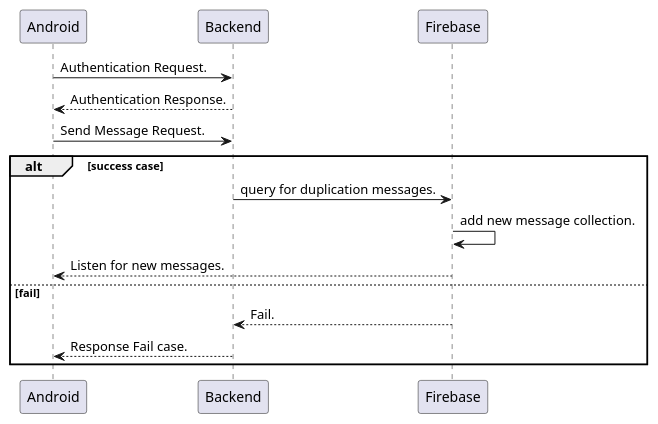
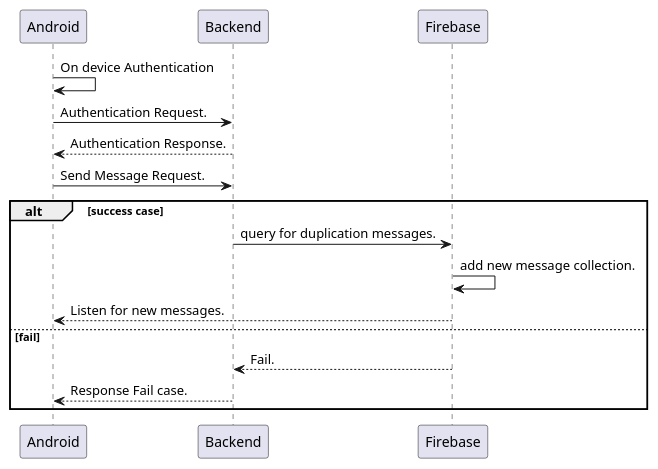
One commit to peepo3663/inner-circle-app changed the diagram in Code/Backend/innercircle/send_message_sequence.puml. Above: the diagram before and after it, drawn with PlantUML. The commit also changed 12 other files, not shown here.

```diff
--- a/Code/Backend/innercircle/send_message_sequence.puml
+++ b/Code/Backend/innercircle/send_message_sequence.puml
@@ -1,17 +1,18 @@
 @startuml
+Android -> Android: On device Authentication
 Android -> Backend: Authentication Request.
 Backend --> Android: Authentication Response.
 
 Android -> Backend: Send Message Request.
 alt success case
 Backend -> Firebase: query for duplication messages.
 Firebase -> Firebase: add new message collection.
 Firebase --> Android: Listen for new messages.
 else fail
 Firebase --> Backend: Fail.
 Backend --> Android: Response Fail case.
 end
 
 'Firebase -> Android: Another authentication Request
 'Firebase <-- Android: another authentication Response
 @enduml
```
